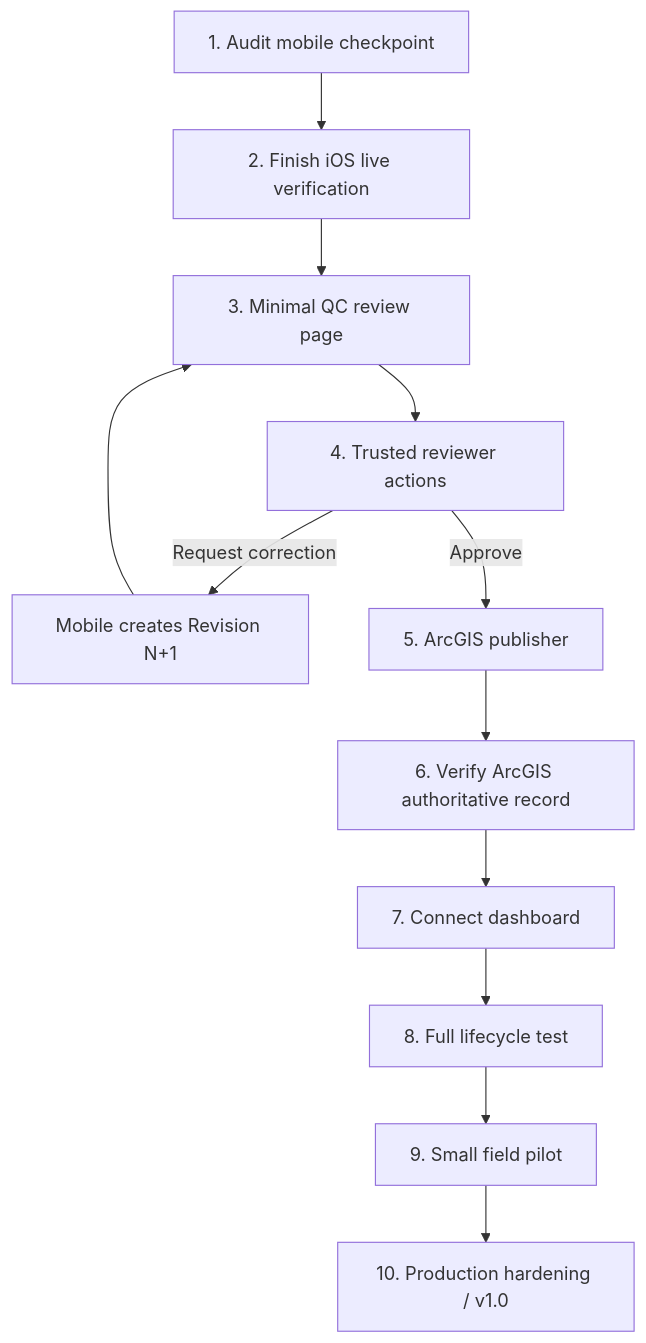
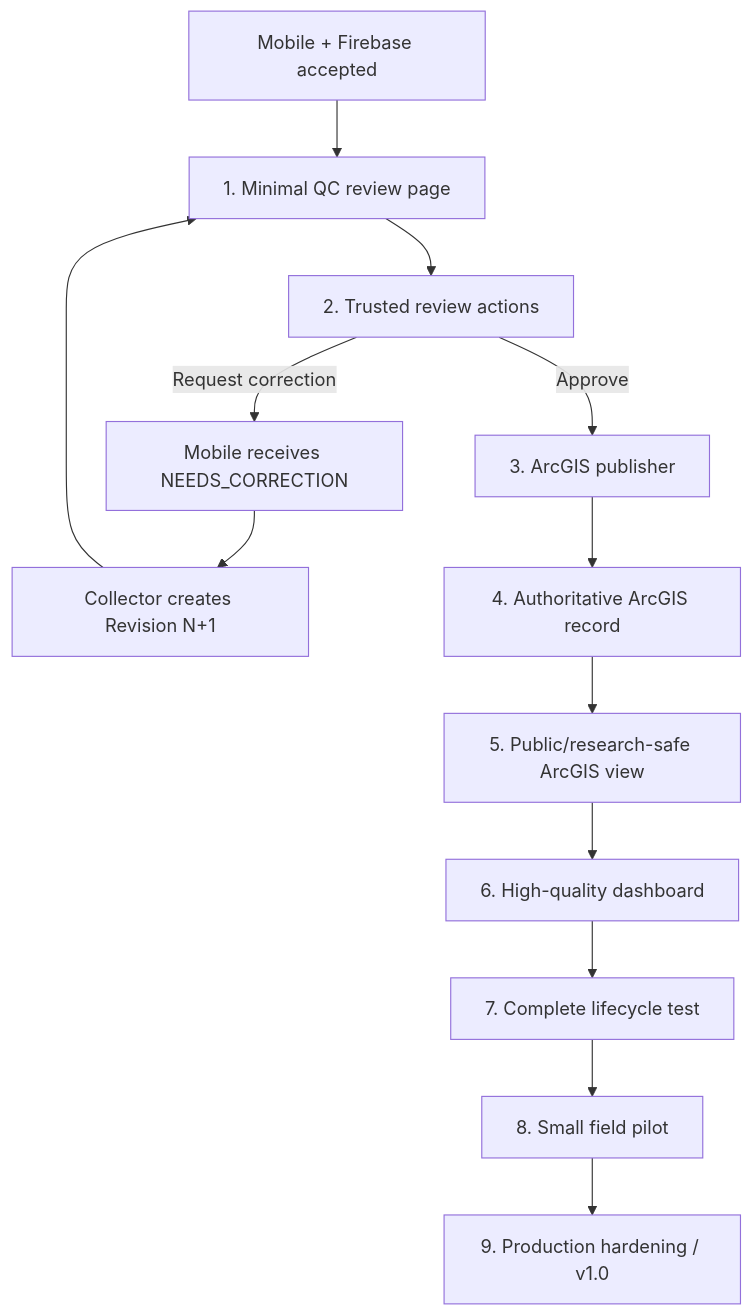
One commit to UnbrokenMango21/watershed-water-quality-dashboard changed the first of 2 diagrams in docs/NEXT_MOVES.md. Above: the diagram before and after it, drawn with Mermaid. The commit also changed other lines of this file, not shown here.

Commit message:
docs: advance next moves from mobile audit to QC and dashboard

````diff
--- a/docs/NEXT_MOVES.md
+++ b/docs/NEXT_MOVES.md
@@ -19,14 +19,15 @@
 ```mermaid
 flowchart TD
-    A[1. Audit mobile checkpoint] --> B[2. Finish iOS live verification]
-    B --> C[3. Minimal QC review page]
-    C --> D[4. Trusted reviewer actions]
-    D -->|Request correction| E[Mobile creates Revision N+1]
-    E --> C
-    D -->|Approve| F[5. ArcGIS publisher]
-    F --> G[6. Verify ArcGIS authoritative record]
-    G --> H[7. Connect dashboard]
-    H --> I[8. Full lifecycle test]
-    I --> J[9. Small field pilot]
-    J --> K[10. Production hardening / v1.0]
+    A[Mobile + Firebase accepted] --> B[1. Minimal QC review page]
+    B --> C[2. Trusted review actions]
+    C -->|Request correction| D[Mobile receives NEEDS_CORRECTION]
+    D --> E[Collector creates Revision N+1]
+    E --> B
+    C -->|Approve| F[3. ArcGIS publisher]
+    F --> G[4. Authoritative ArcGIS record]
+    G --> H[5. Public/research-safe ArcGIS view]
+    H --> I[6. High-quality dashboard]
+    I --> J[7. Complete lifecycle test]
+    J --> K[8. Small field pilot]
+    K --> L[9. Production hardening / v1.0]
 ```
````
